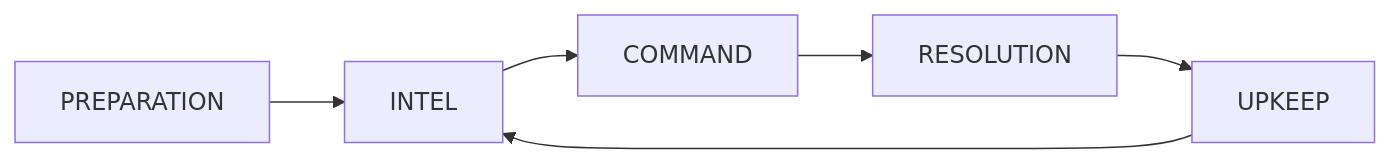
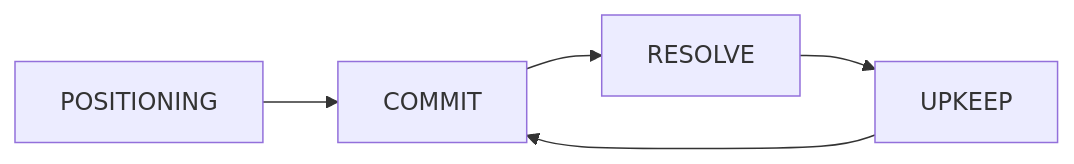
One commit to blamechris/exodus-loop-docs changed the diagram in content/game-design/combat.md. Above: the diagram before and after it, drawn with Mermaid. The commit also changed other lines of this file, not shown here.

````diff
--- a/content/game-design/combat.md
+++ b/content/game-design/combat.md
@@ -13,5 +13,5 @@
 ```mermaid
 graph LR
-    PREPARATION --> INTEL --> COMMAND --> RESOLUTION --> UPKEEP
-    UPKEEP --> INTEL
+    POSITIONING --> COMMIT --> RESOLVE --> UPKEEP
+    UPKEEP --> COMMIT
 ```
````
